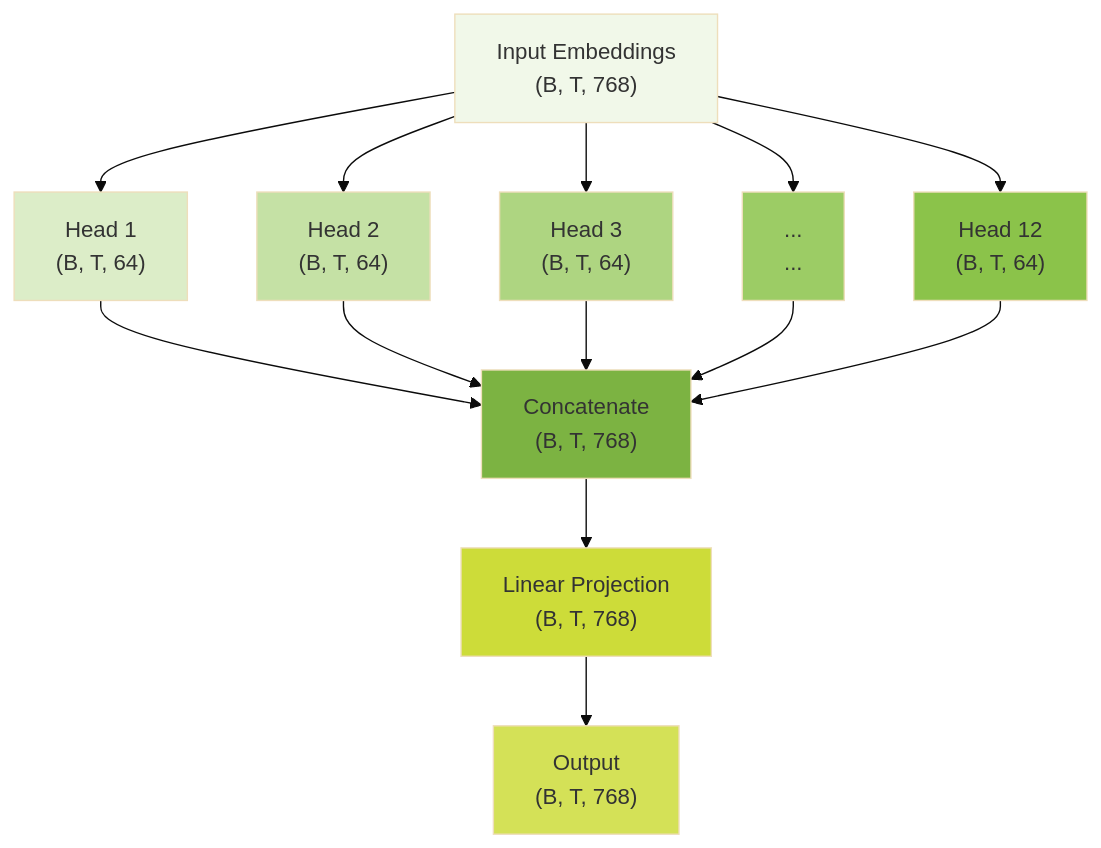
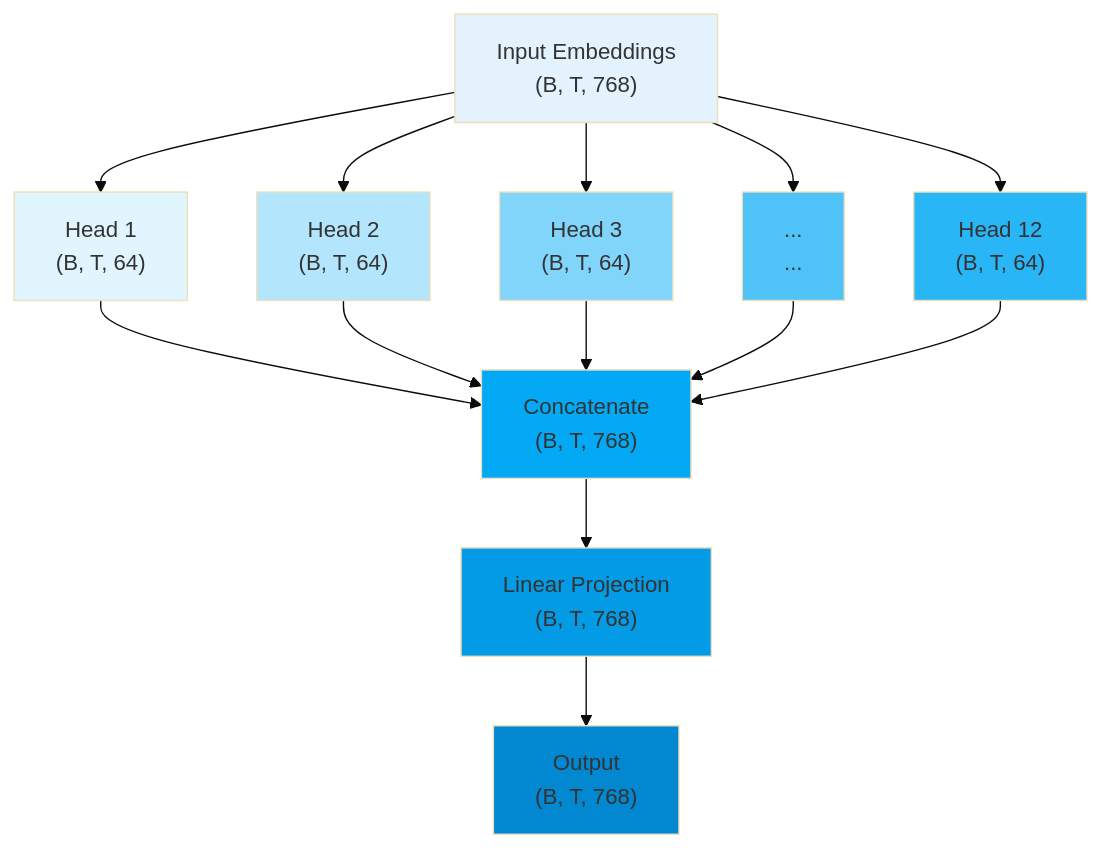
Before and after one commit to Chaklader/flower-image-classifier: diagram 12 of 16 in C_4.md, drawn with Mermaid (base theme). The commit also changed other lines of this file, not shown here.

````diff
--- a/C_4.md
+++ b/C_4.md
@@ -5714,27 +5714,27 @@
 ```mermaid
 graph TD
     A["Input Embeddings<br>(B, T, 768)"] --> B["Head 1<br>(B, T, 64)"]
     A --> C["Head 2<br>(B, T, 64)"]
     A --> D["Head 3<br>(B, T, 64)"]
     A --> E["...<br>..."]
     A --> F["Head 12<br>(B, T, 64)"]
 
     B --> G["Concatenate<br>(B, T, 768)"]
     C --> G
     D --> G
     E --> G
     F --> G
 
     G --> H["Linear Projection<br>(B, T, 768)"]
     H --> I["Output<br>(B, T, 768)"]
 
-style A fill:#F1F8E9
-style B fill:#DCEDC8
-style C fill:#C5E1A5
-style D fill:#AED581
-style E fill:#9CCC65
-style F fill:#8BC34A
-style G fill:#7CB342
-style H fill:#CDDC39
-style I fill:#D4E157
+style A fill:#E3F2FD
+style B fill:#E1F5FE
+style C fill:#B3E5FC
+style D fill:#81D4FA
+style E fill:#4FC3F7
+style F fill:#29B6F6
+style G fill:#03A9F4
+style H fill:#039BE5
+style I fill:#0288D1
 ```
````
